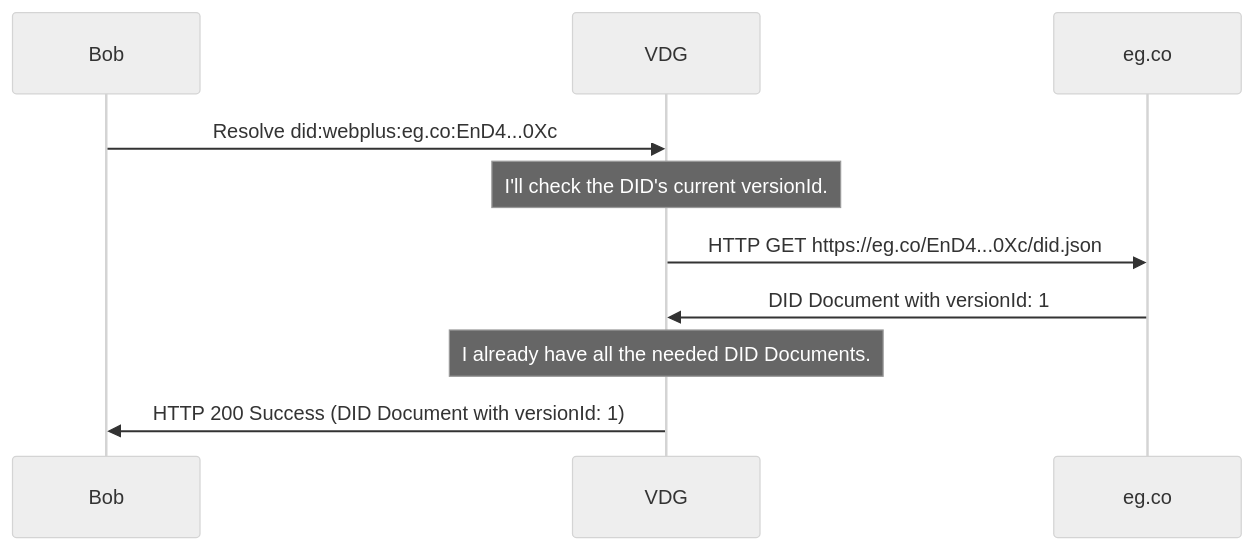
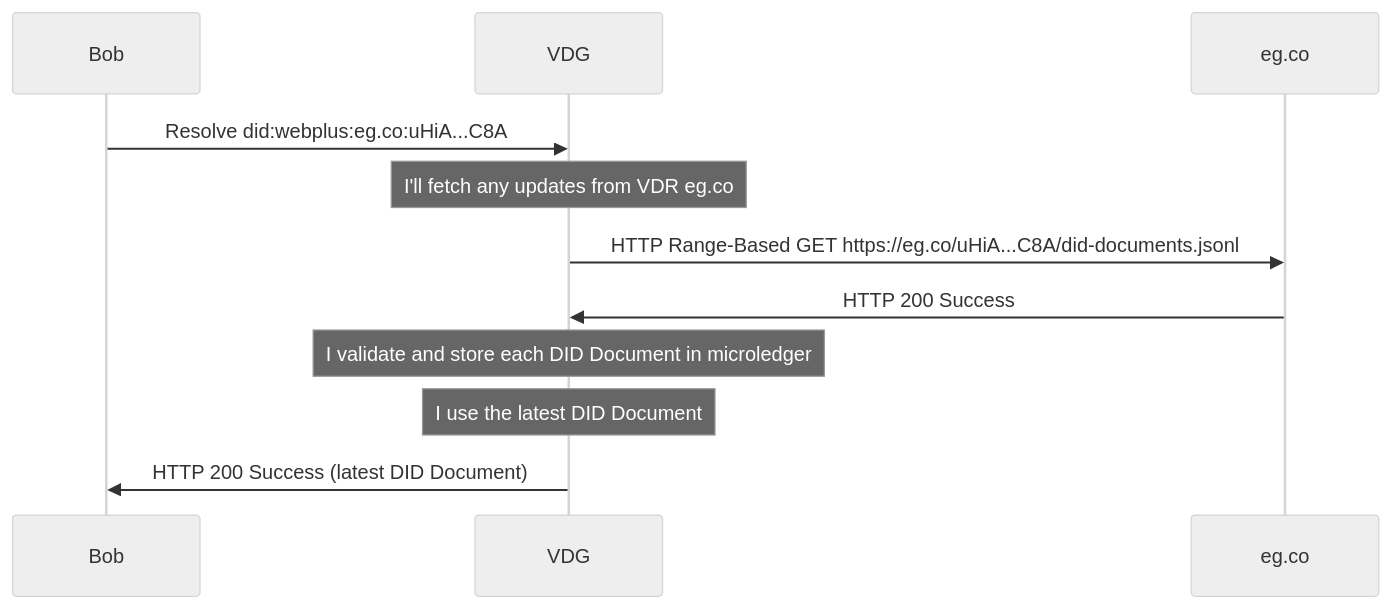
The ninth of 26 diagrams in spec.md (LedgerDomain/did-webplus-spec), drawn with Mermaid (neutral theme) before and after one commit. The commit also changed other lines of this file and 3 other files, not shown here.

````diff
--- a/spec.md
+++ b/spec.md
@@ -523,9 +461,10 @@
 ```mermaid
 sequenceDiagram
-    Bob->>VDG: Resolve did:webplus:eg.co:EnD4...0Xc
-    Note over VDG: I'll check the DID's current versionId.
-    VDG->>eg.co: HTTP GET https://eg.co/EnD4...0Xc/did.json
-    eg.co->>VDG: DID Document with versionId: 1
-    Note over VDG: I already have all the needed DID Documents.
-    VDG->>Bob: HTTP 200 Success (DID Document with versionId: 1)
+    Bob->>VDG: Resolve did:webplus:eg.co:uHiA...C8A
+    Note over VDG: I'll fetch any updates from VDR eg.co
+    VDG->>eg.co: HTTP Range-Based GET https://eg.co/uHiA...C8A/did-documents.jsonl
+    eg.co->>VDG: HTTP 200 Success
+    Note over VDG: I validate and store each DID Document in microledger
+    Note over VDG: I use the latest DID Document
+    VDG->>Bob: HTTP 200 Success (latest DID Document)
 ```
````
